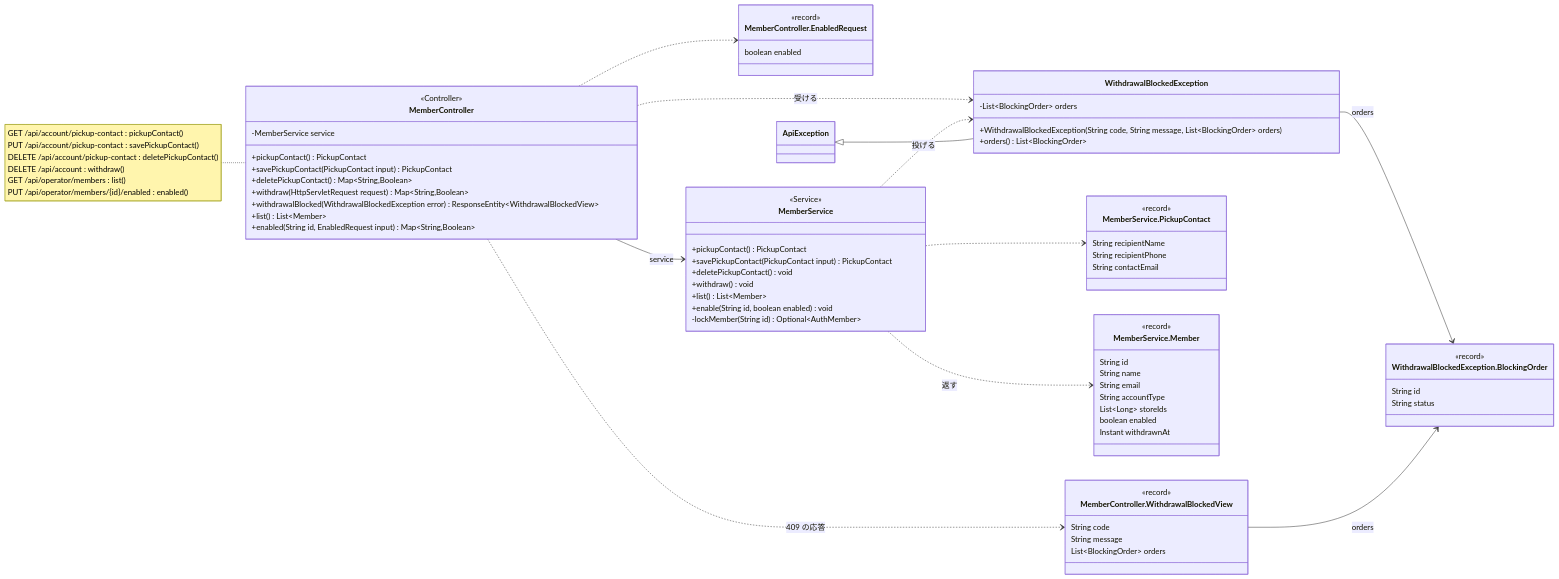
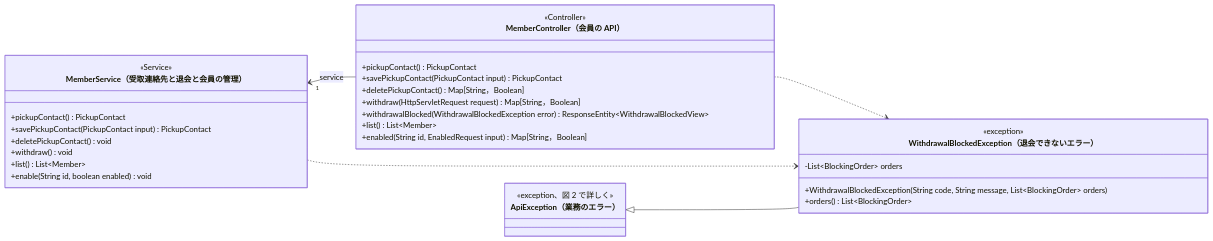
One commit to abeouga/kusakari-document changed the seventh of 11 diagrams in クラス図/kusakari-ec/01_共通と認証と会員.md. Above: the diagram before and after it, drawn with Mermaid. The commit also changed other lines of this file and 87 other files, not shown here.

Commit message:
EC のクラス図に全体図を足し、詳細図をデータとモジュールの図に分けて書き直す

````diff
--- a/クラス図/kusakari-ec/01_共通と認証と会員.md
+++ b/クラス図/kusakari-ec/01_共通と認証と会員.md
@@ -515,73 +511,37 @@
 ```mermaid
 classDiagram
     direction LR
-    class MemberController {
+    class MemberController["MemberController（会員の API）"] {
         <<Controller>>
-        -MemberService service
         +pickupContact() PickupContact
         +savePickupContact(PickupContact input) PickupContact
-        +deletePickupContact() Map~String,Boolean~
-        +withdraw(HttpServletRequest request) Map~String,Boolean~
+        +deletePickupContact() Map[String，Boolean]
+        +withdraw(HttpServletRequest request) Map[String，Boolean]
         +withdrawalBlocked(WithdrawalBlockedException error) ResponseEntity~WithdrawalBlockedView~
         +list() List~Member~
-        +enabled(String id, EnabledRequest input) Map~String,Boolean~
+        +enabled(String id, EnabledRequest input) Map[String，Boolean]
     }
-    class EnabledRequest["MemberController.EnabledRequest"] {
-        <<record>>
-        boolean enabled
-    }
-    class WithdrawalBlockedView["MemberController.WithdrawalBlockedView"] {
-        <<record>>
-        String code
-        String message
-        List~BlockingOrder~ orders
-    }
-    class MemberService {
+    class MemberService["MemberService（受取連絡先と退会と会員の管理）"] {
         <<Service>>
         +pickupContact() PickupContact
         +savePickupContact(PickupContact input) PickupContact
         +deletePickupContact() void
         +withdraw() void
         +list() List~Member~
         +enable(String id, boolean enabled) void
-        -lockMember(String id) Optional~AuthMember~
     }
-    class PickupContact["MemberService.PickupContact"] {
-        <<record>>
-        String recipientName
-        String recipientPhone
-        String contactEmail
+    class ApiException["ApiException（業務のエラー）"] {
+        <<exception、図 2 で詳しく>>
     }
-    class Member["MemberService.Member"] {
-        <<record>>
-        String id
-        String name
-        String email
-        String accountType
-        List~Long~ storeIds
-        boolean enabled
-        Instant withdrawnAt
-    }
-    class ApiException
-    class WithdrawalBlockedException {
+    class WithdrawalBlockedException["WithdrawalBlockedException（退会できないエラー）"] {
+        <<exception>>
         -List~BlockingOrder~ orders
         +WithdrawalBlockedException(String code, String message, List~BlockingOrder~ orders)
         +orders() List~BlockingOrder~
     }
-    class BlockingOrder["WithdrawalBlockedException.BlockingOrder"] {
-        <<record>>
-        String id
-        String status
-    }
-    MemberController --> MemberService : service
-    MemberController ..> EnabledRequest
-    MemberController ..> WithdrawalBlockedView : 409 の応答
-    MemberController ..> WithdrawalBlockedException : 受ける
-    MemberService ..> PickupContact
-    MemberService ..> Member : 返す
-    MemberService ..> WithdrawalBlockedException : 投げる
+
+    MemberService "1" <-- MemberController : service
+    MemberController ..> WithdrawalBlockedException
+    MemberService ..> WithdrawalBlockedException
     ApiException <|-- WithdrawalBlockedException
-    WithdrawalBlockedException --> BlockingOrder : orders
-    WithdrawalBlockedView --> BlockingOrder : orders
-    note for MemberController "GET /api/account/pickup-contact : pickupContact()<br/>PUT /api/account/pickup-contact : savePickupContact()<br/>DELETE /api/account/pickup-contact : deletePickupContact()<br/>DELETE /api/account : withdraw()<br/>GET /api/operator/members : list()<br/>PUT /api/operator/members/{id}/enabled : enabled()"
 ```
````
